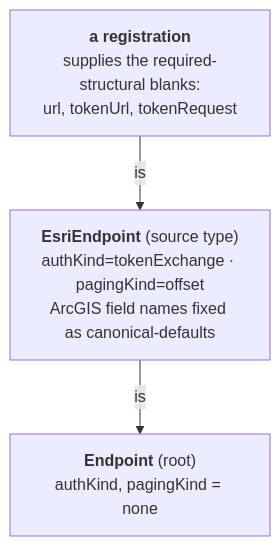
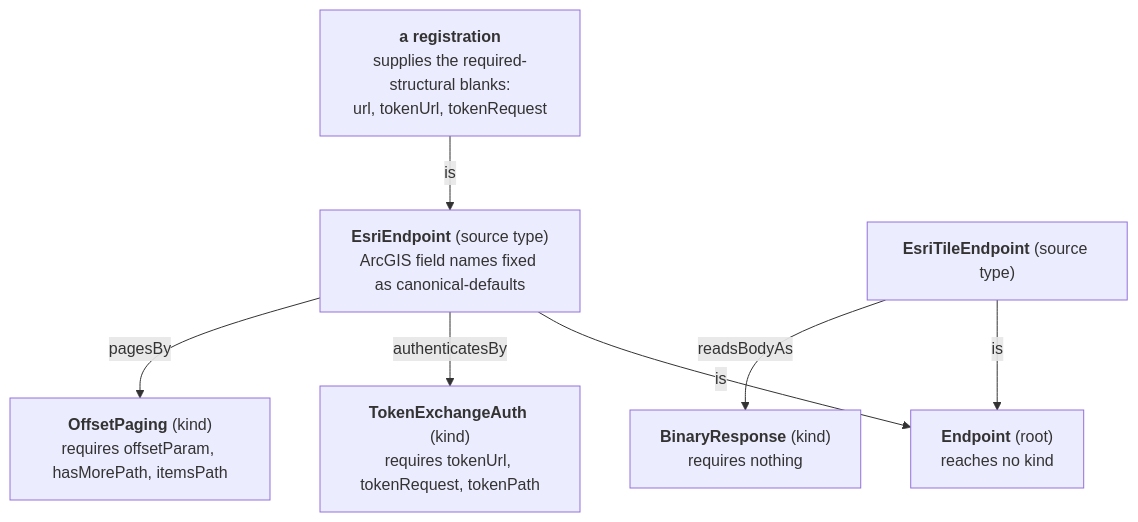
Before and after one commit to ReGen-Villages/VillageOS-API: the diagram in docs/TRIBUTARY.md, drawn with Mermaid. The commit also changed other lines of this file, not shown here.

````diff
--- a/docs/TRIBUTARY.md
+++ b/docs/TRIBUTARY.md
@@ -24,7 +25,15 @@
 ```mermaid
 flowchart TB
-    Endpoint["<b>Endpoint</b> (root)<br/>authKind, pagingKind = none"]
-    Esri["<b>EsriEndpoint</b> (source type)<br/>authKind=tokenExchange · pagingKind=offset<br/>ArcGIS field names fixed as canonical-defaults"]
+    Endpoint["<b>Endpoint</b> (root)<br/>reaches no kind"]
+    Esri["<b>EsriEndpoint</b> (source type)<br/>ArcGIS field names fixed as canonical-defaults"]
+    Tile["<b>EsriTileEndpoint</b> (source type)"]
     Reg["<b>a registration</b><br/>supplies the required-structural blanks:<br/>url, tokenUrl, tokenRequest"]
+    Auth["<b>TokenExchangeAuth</b> (kind)<br/>requires tokenUrl, tokenRequest, tokenPath"]
+    Page["<b>OffsetPaging</b> (kind)<br/>requires offsetParam, hasMorePath, itemsPath"]
+    Bin["<b>BinaryResponse</b> (kind)<br/>requires nothing"]
     Reg -->|is| Esri -->|is| Endpoint
+    Tile -->|is| Endpoint
+    Esri -->|authenticatesBy| Auth
+    Esri -->|pagesBy| Page
+    Tile -->|readsBodyAs| Bin
 ```
````
